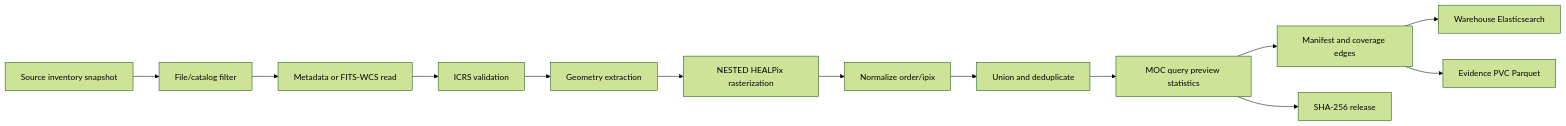
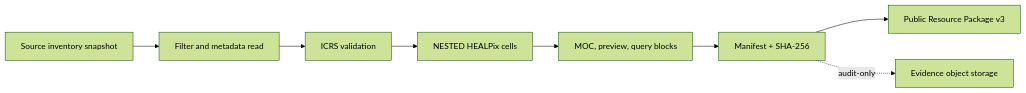
The second of 2 diagrams in README.md (Astro-Survey-Atlas/Assets), drawn with Mermaid (forest theme) before and after one commit. The commit also changed other lines of this file and 70 other files, not shown here.

````diff
--- a/README.md
+++ b/README.md
@@ -22,15 +36,10 @@
 ```mermaid
 flowchart LR
-  A[Source inventory snapshot] --> B[File/catalog filter]
-  B --> C[Metadata or FITS-WCS read]
-  C --> D[ICRS validation]
-  D --> E[Geometry extraction]
-  E --> F[NESTED HEALPix rasterization]
-  F --> G[Normalize order/ipix]
-  G --> H[Union and deduplicate]
-  H --> I[MOC query preview statistics]
-  I --> J[Manifest and coverage edges]
-  J --> K[Warehouse Elasticsearch]
-  J --> L[Evidence PVC Parquet]
-  I --> M[SHA-256 release]
+  S[Source inventory snapshot] --> F[Filter and metadata read]
+  F --> I[ICRS validation]
+  I --> H[NESTED HEALPix cells]
+  H --> M[MOC, preview, query blocks]
+  M --> P[Manifest + SHA-256]
+  P --> R[Public Resource Package v3]
+  P -. audit-only .-> E[Evidence object storage]
 ```
````
